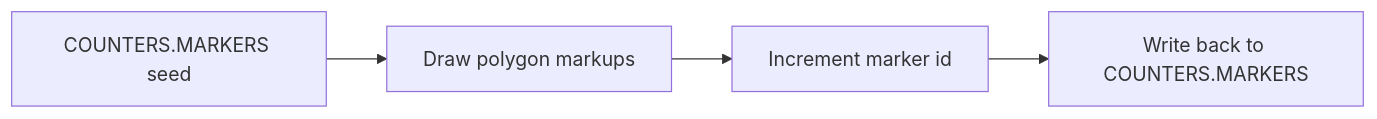
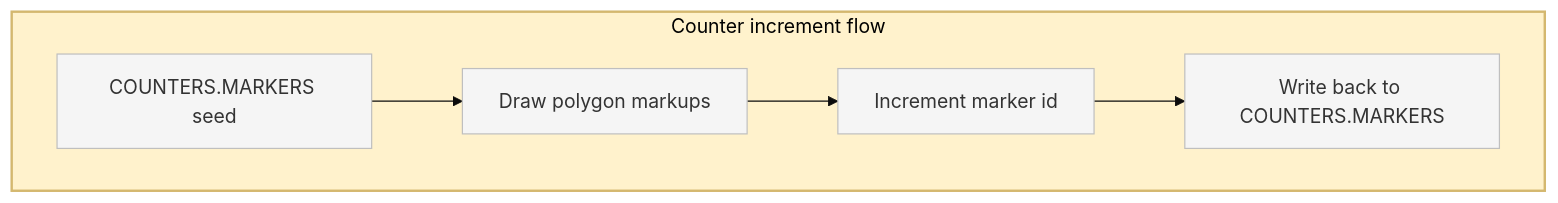
Before and after one commit to Gh0st352/AETHR: the second of 2 diagrams in docs/config/flags_counters.md, drawn with Mermaid. The commit also changed other lines of this file and 8 other files, not shown here.

First line of the commit message:
docs(config): enhance Mermaid diagrams with theme/layout

````diff
--- a/docs/config/flags_counters.md
+++ b/docs/config/flags_counters.md
@@ -58,6 +61,13 @@
 ```mermaid
-flowchart LR
-  C[COUNTERS.MARKERS seed] --> D[Draw polygon markups]
-  D --> INC[Increment marker id]
-  INC --> SAVE[Write back to COUNTERS.MARKERS]
+%%{init: {"theme":"base", "themeVariables":{"primaryColor":"#f5f5f5"}}}%%
+flowchart TB
+  subgraph COUNTER_FLOW [Counter increment flow]
+    style COUNTER_FLOW fill:#fff2cc,stroke:#d4b86f,stroke-width:2px
+    C[COUNTERS.MARKERS seed] --> D[Draw polygon markups]
+    D --> INC[Increment marker id]
+    INC --> SAVE[Write back to COUNTERS.MARKERS]
+  end
+
+  classDef node fill:#f5f5f5,stroke:#bfbfbf
+  class C,D,INC,SAVE node
 ```
````
